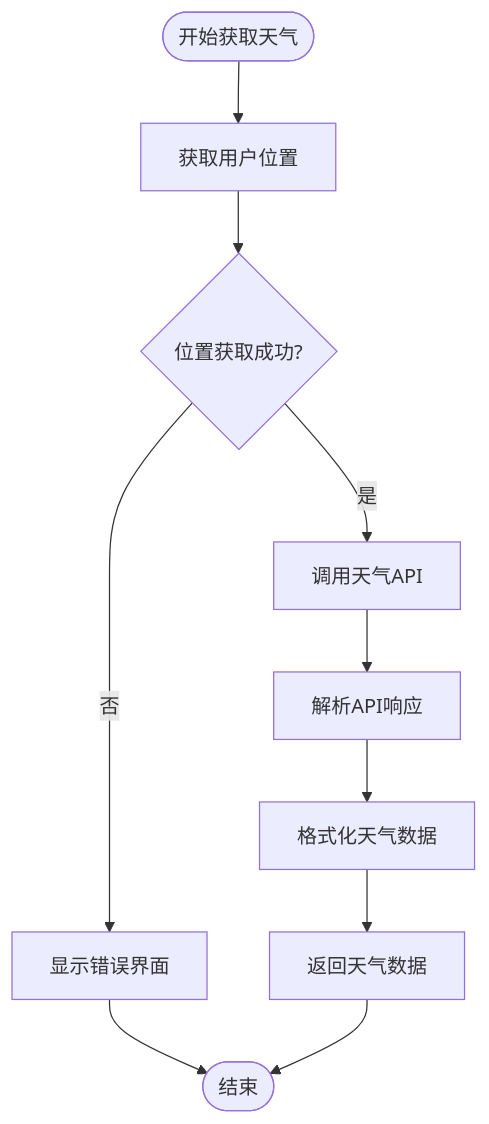
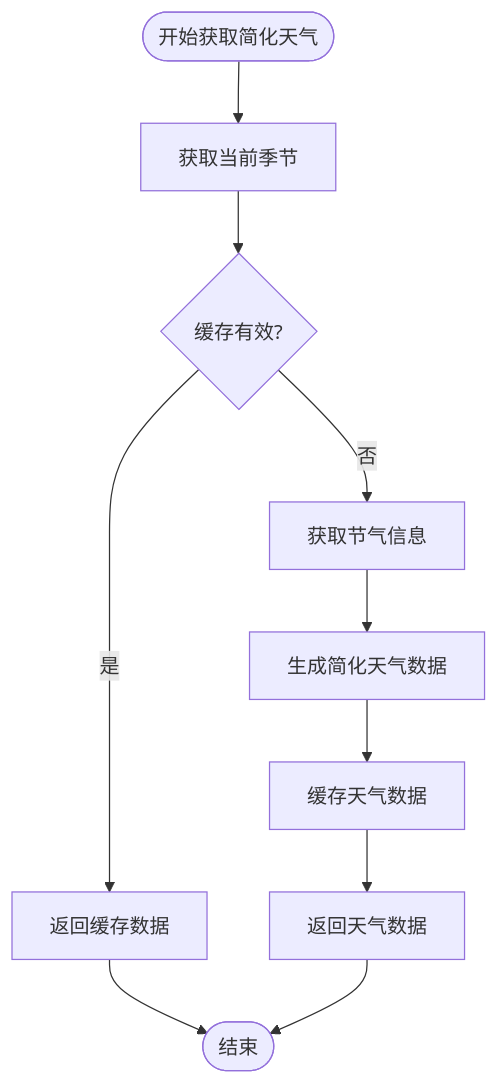
Before and after one commit to jeankeim/wuxing-fashion: the fourth of 7 diagrams in .qoder/repowiki/zh/content/用户界面组件/天气组件.md, drawn with Mermaid. The commit also changed other lines of this file and 27 other files, not shown here.

````diff
--- a/.qoder/repowiki/zh/content/用户界面组件/天气组件.md
+++ b/.qoder/repowiki/zh/content/用户界面组件/天气组件.md
@@ -214,12 +241,12 @@
 ```mermaid
 flowchart TD
-Start([开始获取天气]) --> GetPosition["获取用户位置"]
-GetPosition --> PositionSuccess{"位置获取成功?"}
-PositionSuccess --> |是| CallAPI["调用天气API"]
-PositionSuccess --> |否| ShowError["显示错误界面"]
-CallAPI --> ParseResponse["解析API响应"]
-ParseResponse --> FormatWeather["格式化天气数据"]
-FormatWeather --> ReturnData["返回天气数据"]
-ShowError --> End([结束])
+Start([开始获取简化天气]) --> GetCurrentSeason["获取当前季节"]
+GetCurrentSeason --> CheckCache{"缓存有效?"}
+CheckCache --> |是| ReturnCached["返回缓存数据"]
+CheckCache --> |否| GetSolarTerms["获取节气信息"]
+GetSolarTerms --> GenerateWeather["生成简化天气数据"]
+GenerateWeather --> CacheData["缓存天气数据"]
+CacheData --> ReturnData["返回天气数据"]
+ReturnCached --> End([结束])
 ReturnData --> End
 ```
````
